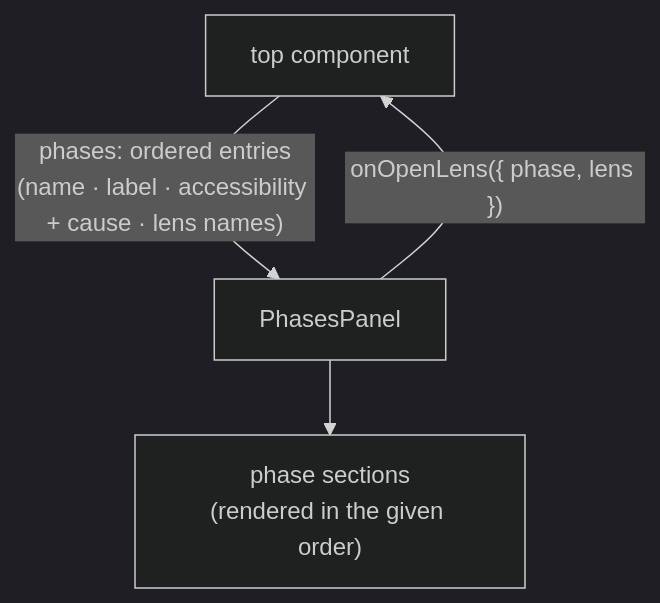
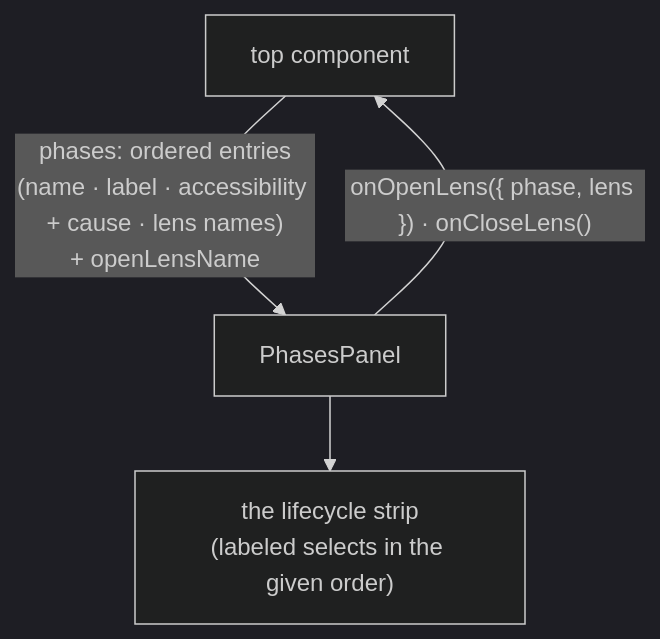
The diagram in src/lib/study-lenses/orchestrate/phases-panel/DOCS.md (codeschoolinabox/curricula), drawn with Mermaid (dark theme) before and after one commit. The commit also changed other lines of this file and 11 other files, not shown here.

````diff
--- a/src/lib/study-lenses/orchestrate/phases-panel/DOCS.md
+++ b/src/lib/study-lenses/orchestrate/phases-panel/DOCS.md
@@ -38,9 +42,9 @@
 ```mermaid
 flowchart TD
     ORCH["top component"]
     PP["PhasesPanel"]
-    SEC["phase sections<br/>(rendered in the given order)"]
-    ORCH -->|"phases: ordered entries<br/>(name · label · accessibility + cause · lens names)"| PP
-    PP -->|"onOpenLens({ phase, lens })"| ORCH
+    SEC["the lifecycle strip<br/>(labeled selects in the given order)"]
+    ORCH -->|"phases: ordered entries<br/>(name · label · accessibility + cause · lens names)<br/>+ openLensName"| PP
+    PP -->|"onOpenLens({ phase, lens }) · onCloseLens()"| ORCH
     PP --> SEC
 ```
````
